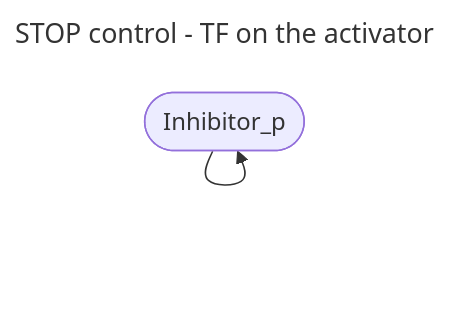
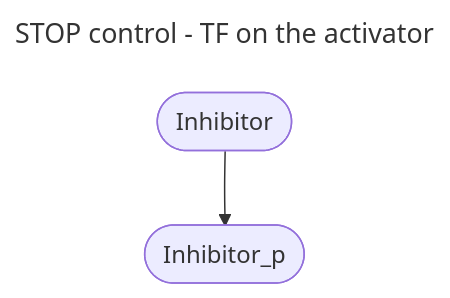
The diagram in README.md (iamandreatonina/Master-s_thesis), drawn with Mermaid before and after one commit.

````diff
--- a/README.md
+++ b/README.md
@@ -12,7 +12,7 @@
 ```mermaid
 ---
 title: STOP control - TF on the activator
 ---
 flowchart TD
-    id1([Inhibitor]) --> id1([Inhibitor_p])
+    id1([Inhibitor]) --> id2([Inhibitor_p])
 ```
````
